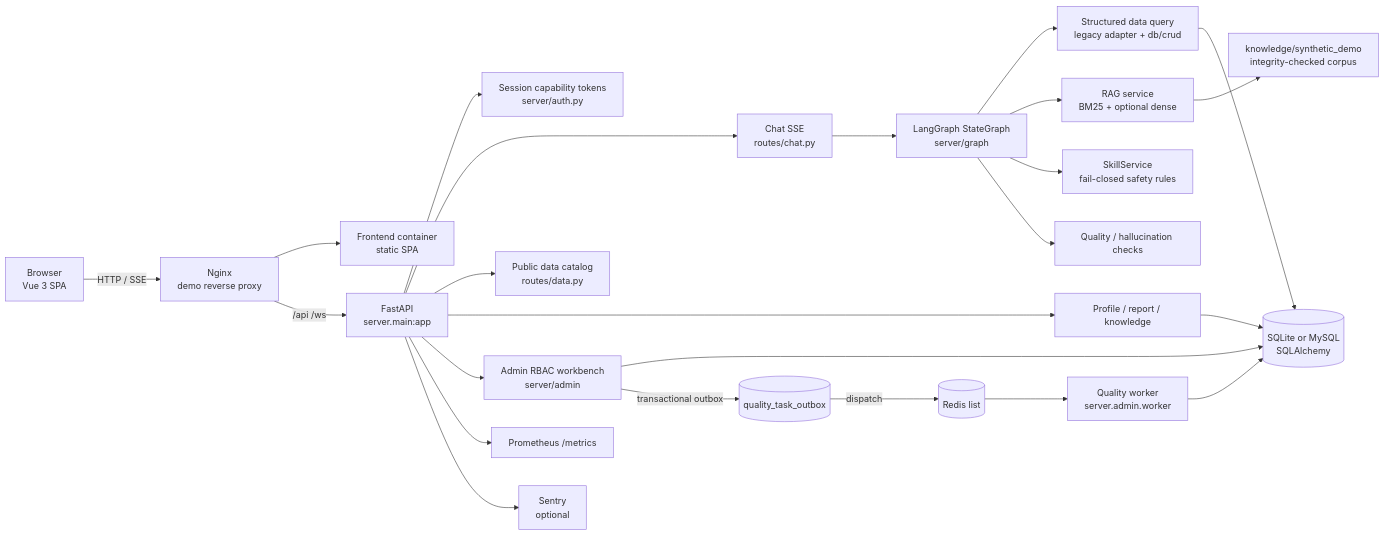
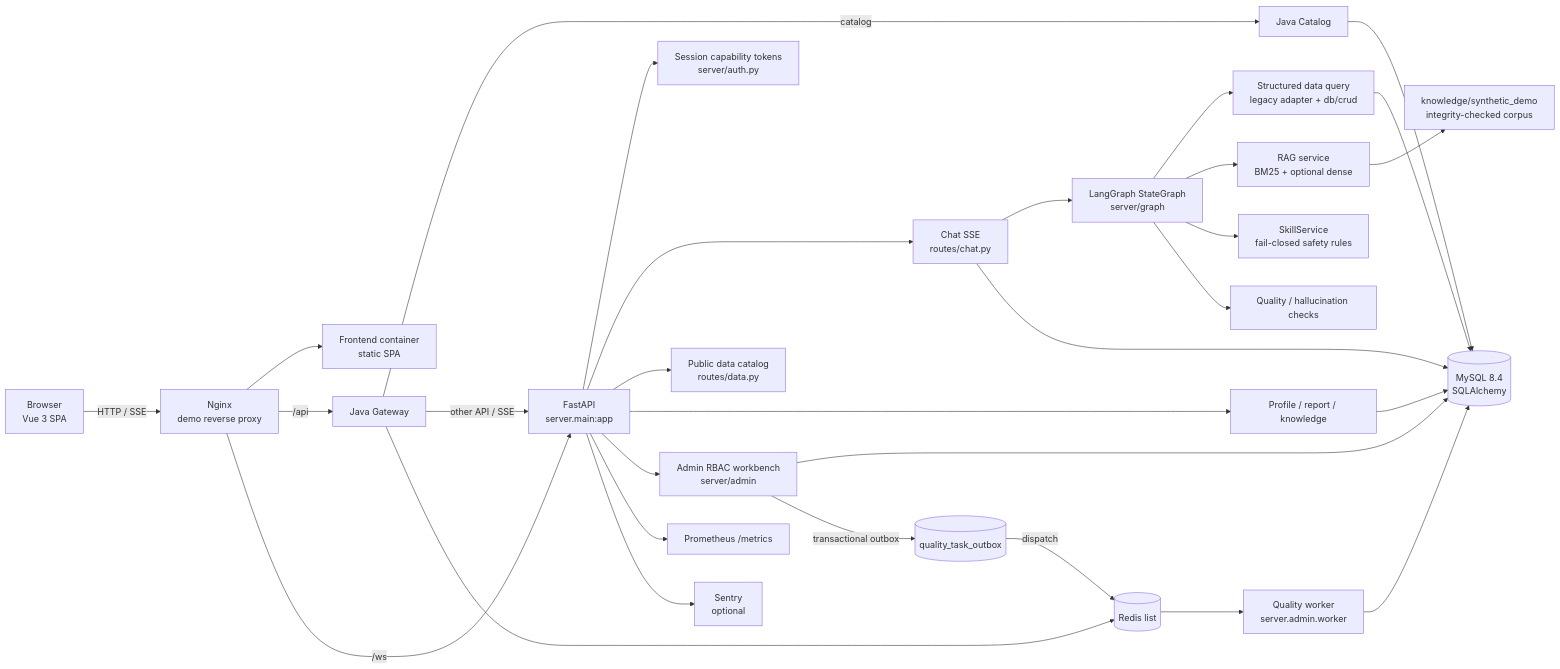
The first of 7 diagrams in docs/architecture/README.md (Xander-Xai/Gaobao-Advisor), drawn with Mermaid before and after one commit. The commit also changed other lines of this file and 34 other files, not shown here.

First line of the commit message:
feat(architecture): standardize full stack and industrial admission gates (#198)

````diff
--- a/docs/architecture/README.md
+++ b/docs/architecture/README.md
@@ -79,31 +79,37 @@
 ```mermaid
 flowchart LR
     Browser["Browser<br/>Vue 3 SPA"] -->|HTTP / SSE| Nginx["Nginx<br/>demo reverse proxy"]
     Nginx --> Frontend["Frontend container<br/>static SPA"]
-    Nginx -->|/api /ws| API["FastAPI<br/>server.main:app"]
+    Nginx -->|/api| Gateway["Java Gateway"]
+    Nginx -->|/ws| API["FastAPI<br/>server.main:app"]
+    Gateway -->|catalog| Catalog["Java Catalog"]
+    Gateway -->|other API / SSE| API
 
     API --> Auth["Session capability tokens<br/>server/auth.py"]
     API --> Chat["Chat SSE<br/>routes/chat.py"]
     API --> Data["Public data catalog<br/>routes/data.py"]
     API --> Profile["Profile / report / knowledge"]
     API --> Admin["Admin RBAC workbench<br/>server/admin"]
 
     Chat --> Graph["LangGraph StateGraph<br/>server/graph"]
     Graph --> DataQuery["Structured data query<br/>legacy adapter + db/crud"]
     Graph --> RAG["RAG service<br/>BM25 + optional dense"]
     Graph --> Skills["SkillService<br/>fail-closed safety rules"]
     Graph --> Quality["Quality / hallucination checks"]
 
-    DataQuery --> DB[("SQLite or MySQL<br/>SQLAlchemy")]
+    DataQuery --> DB[("MySQL 8.4<br/>SQLAlchemy")]
+    Catalog --> DB
+    Gateway --> Redis
+    Chat --> DB
     Profile --> DB
     Admin --> DB
     RAG --> Corpus["knowledge/synthetic_demo<br/>integrity-checked corpus"]
 
     Admin -->|transactional outbox| Outbox[("quality_task_outbox")]
     Outbox -->|dispatch| Redis[("Redis list")]
     Redis --> Worker["Quality worker<br/>server.admin.worker"]
     Worker --> DB
 
     API --> Metrics["Prometheus /metrics"]
     API --> Sentry["Sentry<br/>optional"]
 ```
````
